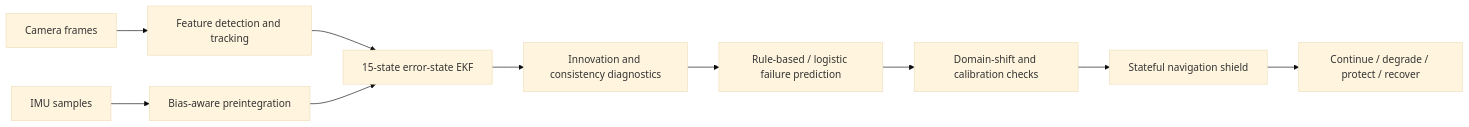
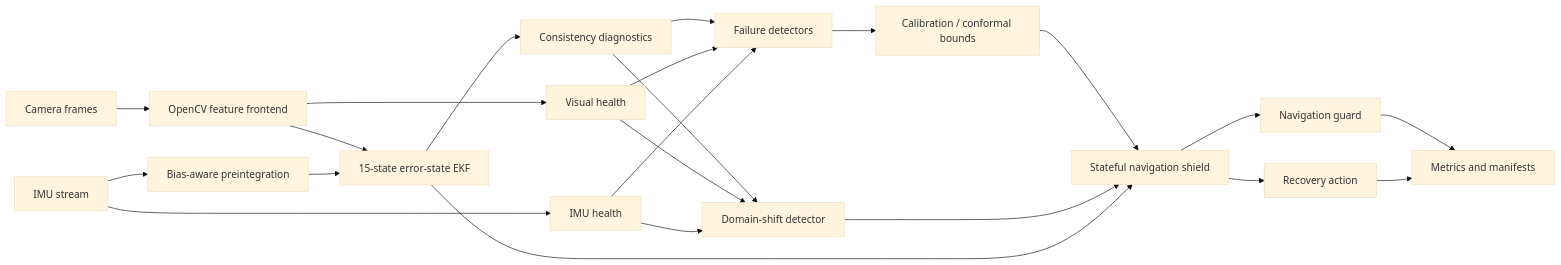
The diagram in README.md (panagiotagrosdouli/Self-Healing-VIO-for-Robust-UAV-Navigation), drawn with Mermaid (base theme) before and after one commit. The commit also changed other lines of this file, not shown here.

Commit message:
Restore visual flagship README

````diff
--- a/README.md
+++ b/README.md
@@ -37,12 +53,24 @@
 ```mermaid
 flowchart LR
-    C[Camera frames] --> F[Feature detection and tracking]
-    I[IMU samples] --> P[Bias-aware preintegration]
-    F --> E[15-state error-state EKF]
-    P --> E
-    E --> D[Innovation and consistency diagnostics]
-    D --> R[Rule-based / logistic failure prediction]
-    R --> M[Domain-shift and calibration checks]
-    M --> S[Stateful navigation shield]
-    S --> A[Continue / degrade / protect / recover]
+    CAM[Camera frames] --> TRACK[OpenCV feature frontend]
+    IMU[IMU stream] --> PREINT[Bias-aware preintegration]
+    TRACK --> ESKF[15-state error-state EKF]
+    PREINT --> ESKF
+    ESKF --> CONS[Consistency diagnostics]
+    TRACK --> VHEALTH[Visual health]
+    IMU --> IHEALTH[IMU health]
+    CONS --> DET[Failure detectors]
+    VHEALTH --> DET
+    IHEALTH --> DET
+    DET --> CAL[Calibration / conformal bounds]
+    CONS --> SHIFT[Domain-shift detector]
+    VHEALTH --> SHIFT
+    IHEALTH --> SHIFT
+    CAL --> SHIELD[Stateful navigation shield]
+    SHIFT --> SHIELD
+    ESKF --> SHIELD
+    SHIELD --> NAV[Navigation guard]
+    SHIELD --> REC[Recovery action]
+    NAV --> LOG[Metrics and manifests]
+    REC --> LOG
 ```
````
